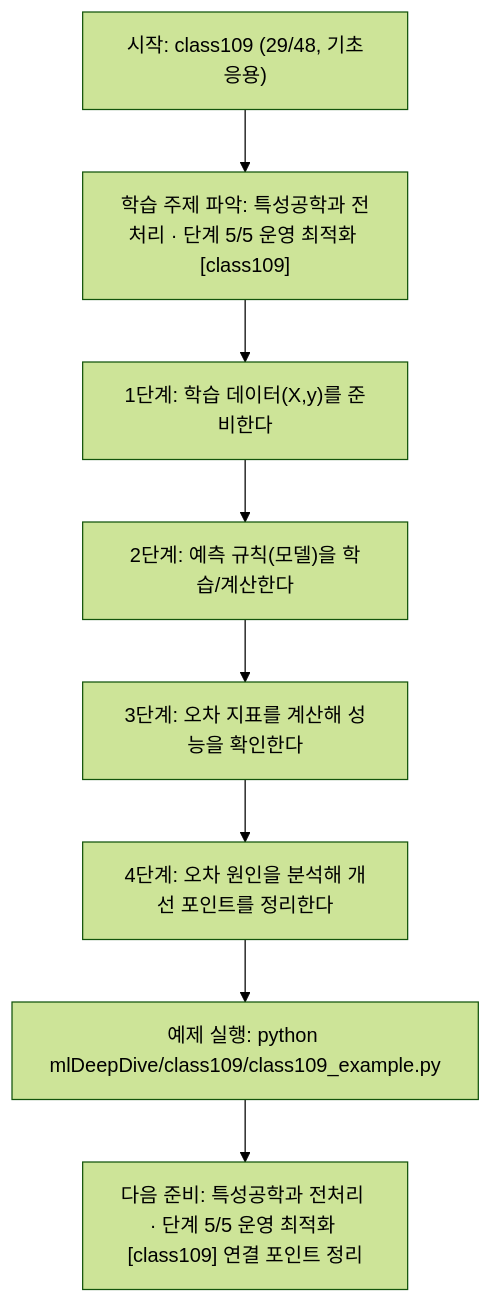
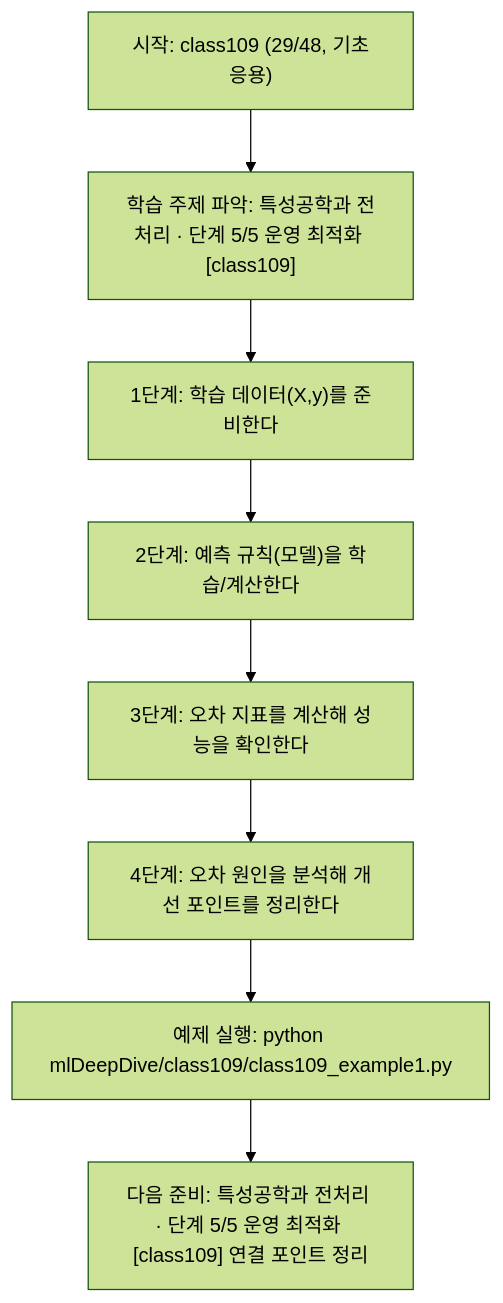
One commit to edumgt/Python-AI_Agent-Class changed the diagram in mlDeepDive/class109/class109.md. Above: the diagram before and after it, drawn with Mermaid (forest theme). The commit also changed other lines of this file and 2959 other files, not shown here.

````diff
--- a/mlDeepDive/class109/class109.md
+++ b/mlDeepDive/class109/class109.md
@@ -109,18 +109,18 @@
 ```mermaid
 flowchart TD
 N1["시작: class109 (29/48, 기초응용)"]
 N2["학습 주제 파악: 특성공학과 전처리 · 단계 5/5 운영 최적화 [class109]"]
 N3["1단계: 학습 데이터(X,y)를 준비한다"]
 N4["2단계: 예측 규칙(모델)을 학습/계산한다"]
 N5["3단계: 오차 지표를 계산해 성능을 확인한다"]
 N6["4단계: 오차 원인을 분석해 개선 포인트를 정리한다"]
-N7["예제 실행: python mlDeepDive/class109/class109_example.py"]
+N7["예제 실행: python mlDeepDive/class109/class109_example1.py"]
 N8["다음 준비: 특성공학과 전처리 · 단계 5/5 운영 최적화 [class109] 연결 포인트 정리"]
 N1 --> N2
 N2 --> N3
 N3 --> N4
 N4 --> N5
 N5 --> N6
 N6 --> N7
 N7 --> N8
 ```
````
